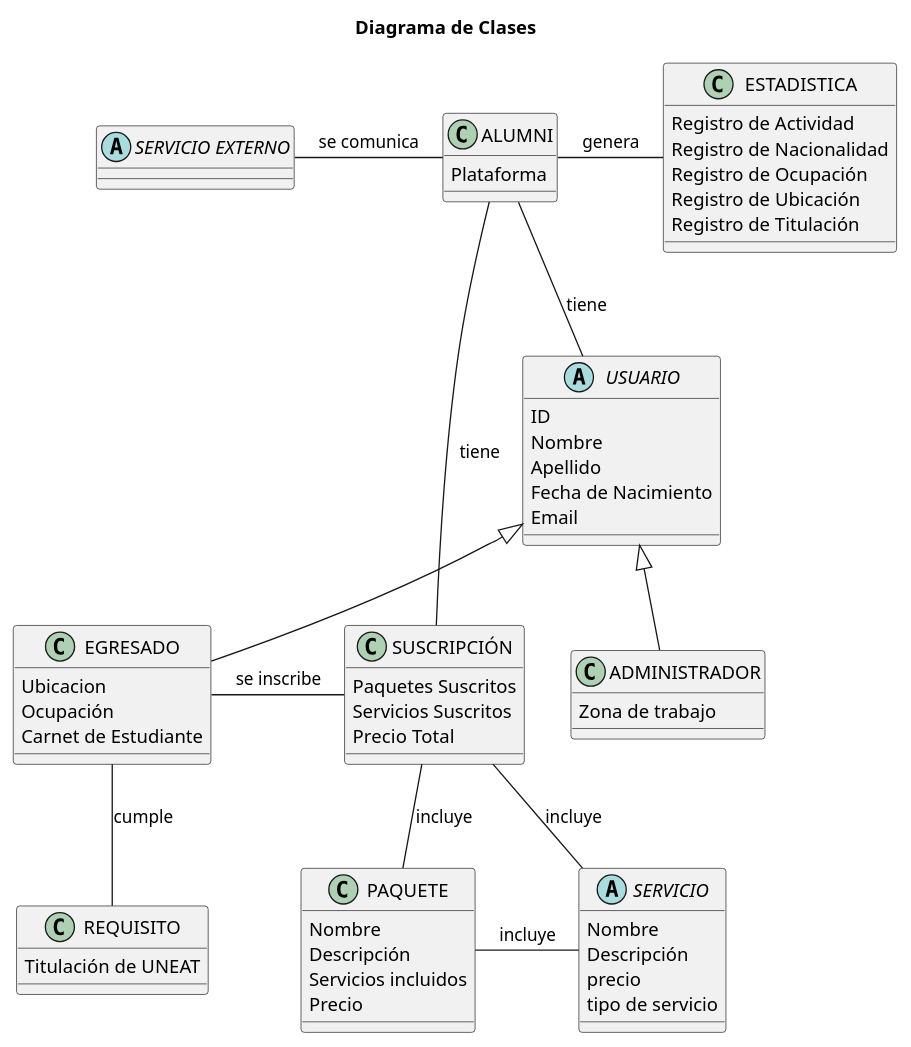
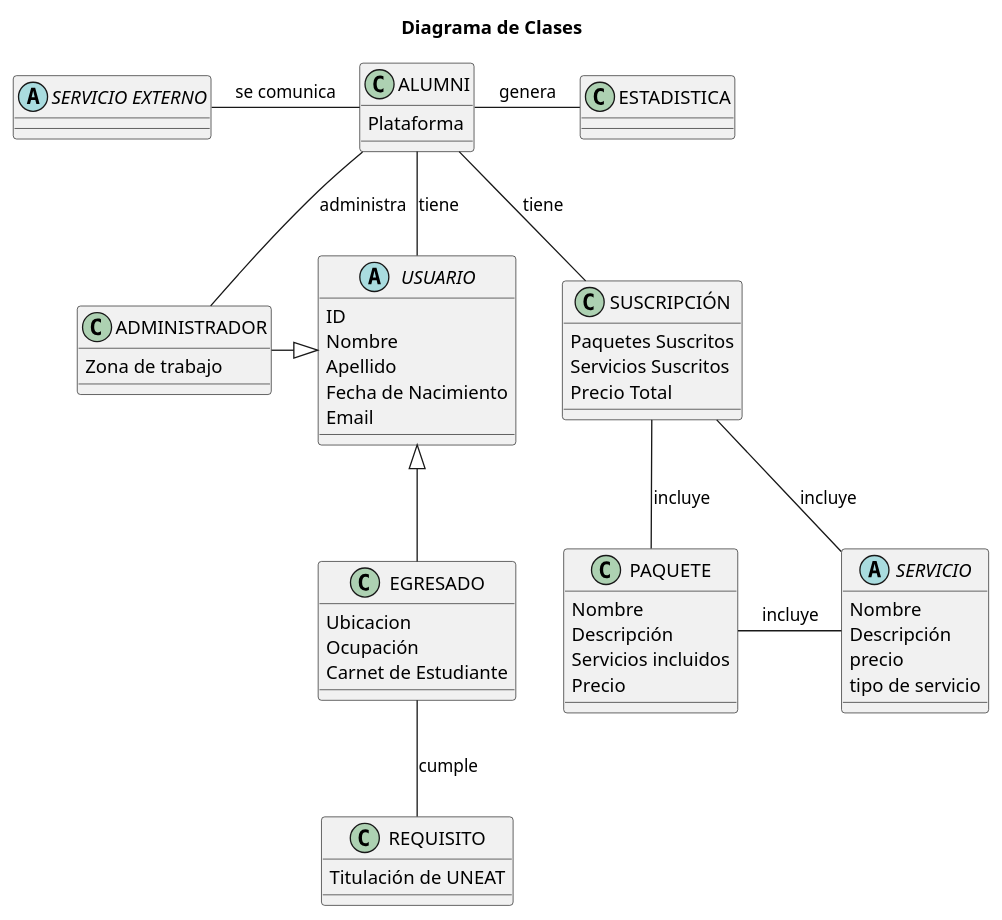
Before and after one commit to mmasias/23-24-IdSw1-SDR: the diagram in Modelos_de_Dominio/Modelos_Finales/Tercera_Iteración/Diagrama_de_Clases/Diagrama_de_Clases.puml, drawn with PlantUML. The commit also changed 1 other file, not shown here.

```diff
--- a/Modelos_de_Dominio/Modelos_Finales/Tercera_Iteración/Diagrama_de_Clases/Diagrama_de_Clases.puml
+++ b/Modelos_de_Dominio/Modelos_Finales/Tercera_Iteración/Diagrama_de_Clases/Diagrama_de_Clases.puml
@@ -1,87 +1,81 @@
 @startuml AumniClasses
 
 title Diagrama de Clases
 
 '!theme amiga
 skinparam backgroundColor white
 skinparam defaultFontName Arial
 
 class ALUMNI 
 {
    Plataforma
 }
 
 abstract "SERVICIO EXTERNO" {}
 
 abstract USUARIO 
 {
     ID
     Nombre 
     Apellido
     Fecha de Nacimiento
     Email
 }
 
 class EGRESADO 
 {
     Ubicacion
     Ocupación
     Carnet de Estudiante
 }
 
 class ADMINISTRADOR 
 {
     Zona de trabajo
 }
 
 class REQUISITO 
 {
     Titulación de UNEAT
 }
 
 class ESTADISTICA 
 {
-    Registro de Actividad
-    Registro de Nacionalidad
-    Registro de Ocupación
-    Registro de Ubicación
-    Registro de Titulación
-
 }
 
 class SUSCRIPCIÓN 
 {
     Paquetes Suscritos
     Servicios Suscritos
     Precio Total
 }
 
 class PAQUETE
 {
     Nombre
     Descripción
     Servicios incluidos
     Precio
 }
 
 abstract SERVICIO 
 {
     Nombre 
     Descripción
     precio
     tipo de servicio
 }
 
 ALUMNI -- USUARIO : tiene
 ALUMNI - ESTADISTICA : genera
 SUSCRIPCIÓN -up- ALUMNI : tiene
 ALUMNI -left- "SERVICIO EXTERNO" : se comunica
 SUSCRIPCIÓN -- SERVICIO : incluye
 EGRESADO -- REQUISITO : cumple
 SUSCRIPCIÓN -- PAQUETE : incluye
-EGRESADO - SUSCRIPCIÓN : se inscribe
 PAQUETE - SERVICIO : incluye
 USUARIO <|-- EGRESADO
-USUARIO <|-- ADMINISTRADOR
+USUARIO <|-left- ADMINISTRADOR
+ADMINISTRADOR -up- ALUMNI : administra
 
 @enduml
```
